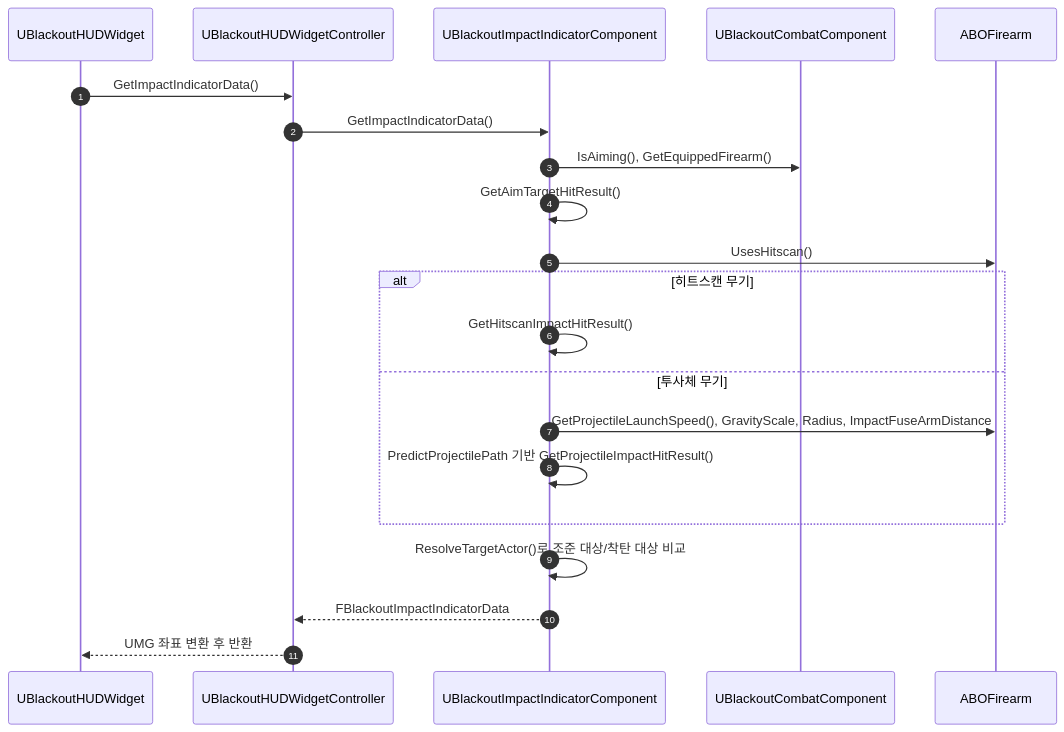
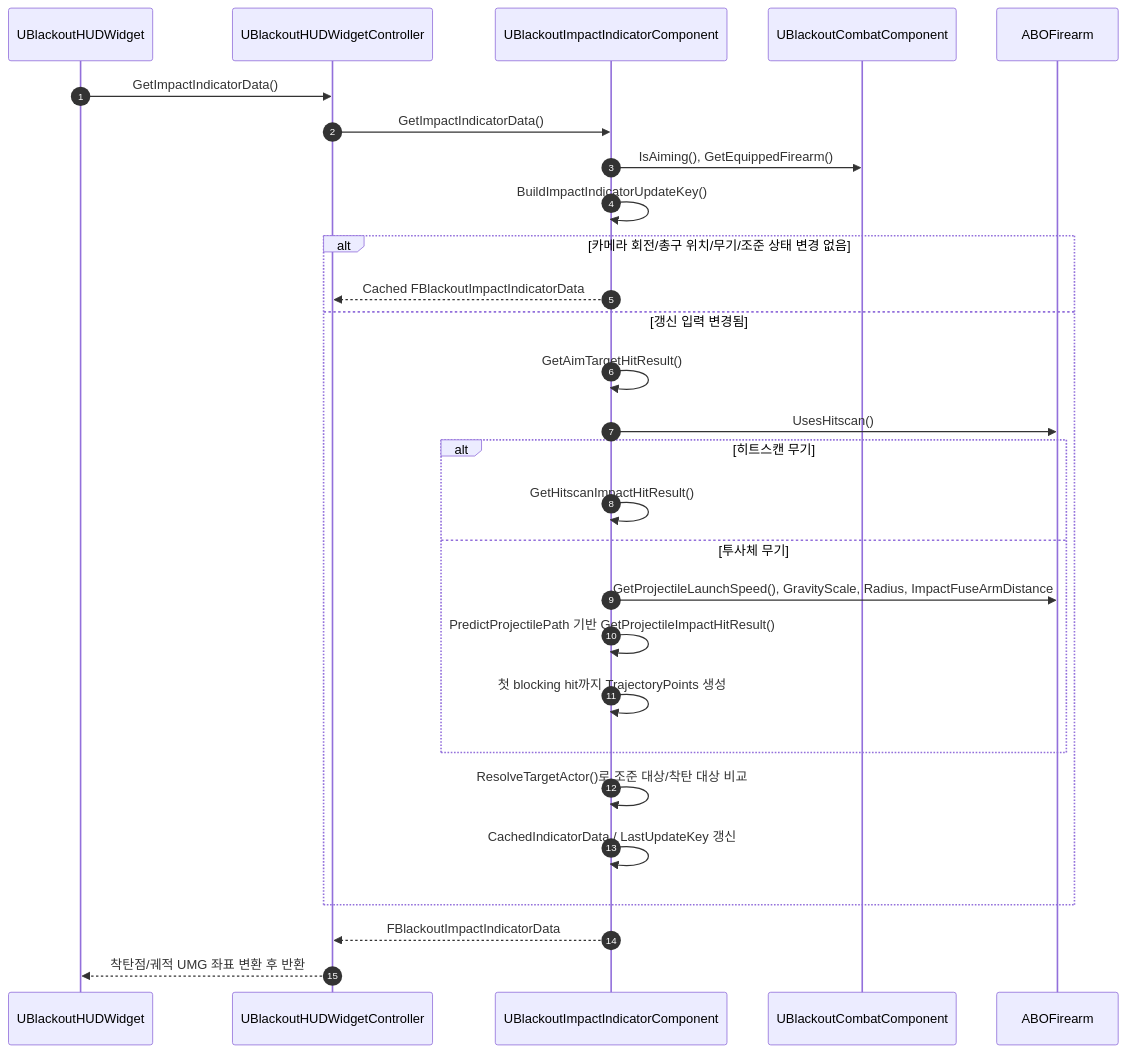
The second of 2 diagrams in Docs/Combat/09_Impact_Indicator_Component.md (seongwon1579/ProjectBlackout), drawn with Mermaid before and after one commit. The commit also changed other lines of this file and 4 other files, not shown here.

````diff
--- a/Docs/Combat/09_Impact_Indicator_Component.md
+++ b/Docs/Combat/09_Impact_Indicator_Component.md
@@ -92,24 +124,31 @@
 ```mermaid
 sequenceDiagram
     autonumber
     participant HUD as UBlackoutHUDWidget
     participant WC as UBlackoutHUDWidgetController
     participant IC as UBlackoutImpactIndicatorComponent
     participant Combat as UBlackoutCombatComponent
     participant Weapon as ABOFirearm
 
     HUD->>WC: GetImpactIndicatorData()
     WC->>IC: GetImpactIndicatorData()
     IC->>Combat: IsAiming(), GetEquippedFirearm()
-    IC->>IC: GetAimTargetHitResult()
-    IC->>Weapon: UsesHitscan()
-    alt 히트스캔 무기
-        IC->>IC: GetHitscanImpactHitResult()
-    else 투사체 무기
-        IC->>Weapon: GetProjectileLaunchSpeed(), GravityScale, Radius, ImpactFuseArmDistance
-        IC->>IC: PredictProjectilePath 기반 GetProjectileImpactHitResult()
+    IC->>IC: BuildImpactIndicatorUpdateKey()
+    alt 카메라 회전/총구 위치/무기/조준 상태 변경 없음
+        IC-->>WC: Cached FBlackoutImpactIndicatorData
+    else 갱신 입력 변경됨
+        IC->>IC: GetAimTargetHitResult()
+        IC->>Weapon: UsesHitscan()
+        alt 히트스캔 무기
+            IC->>IC: GetHitscanImpactHitResult()
+        else 투사체 무기
+            IC->>Weapon: GetProjectileLaunchSpeed(), GravityScale, Radius, ImpactFuseArmDistance
+            IC->>IC: PredictProjectilePath 기반 GetProjectileImpactHitResult()
+            IC->>IC: 첫 blocking hit까지 TrajectoryPoints 생성
+        end
+        IC->>IC: ResolveTargetActor()로 조준 대상/착탄 대상 비교
+        IC->>IC: CachedIndicatorData / LastUpdateKey 갱신
     end
-    IC->>IC: ResolveTargetActor()로 조준 대상/착탄 대상 비교
     IC-->>WC: FBlackoutImpactIndicatorData
-    WC-->>HUD: UMG 좌표 변환 후 반환
+    WC-->>HUD: 착탄점/궤적 UMG 좌표 변환 후 반환
 ```
````
